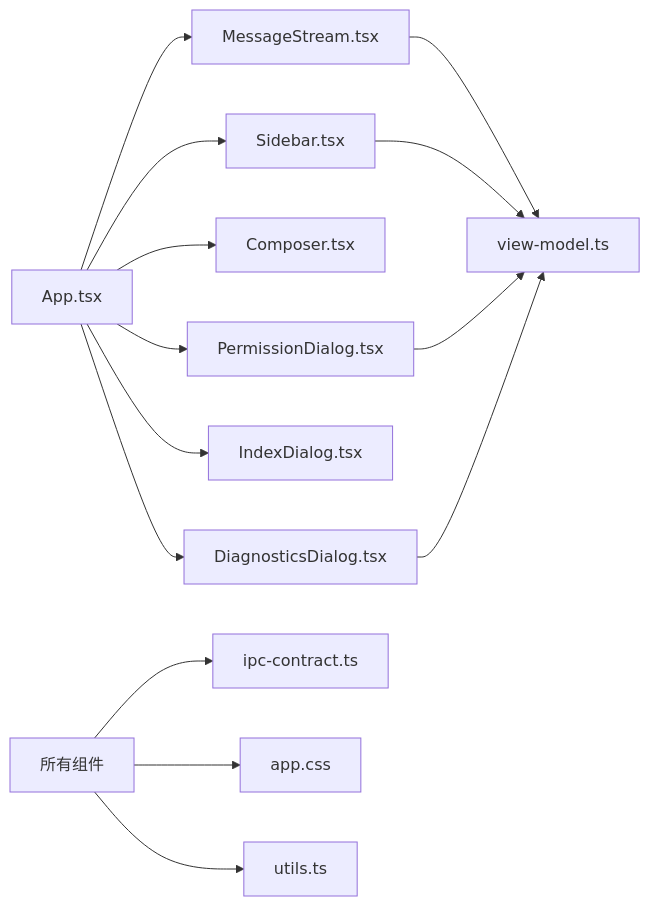
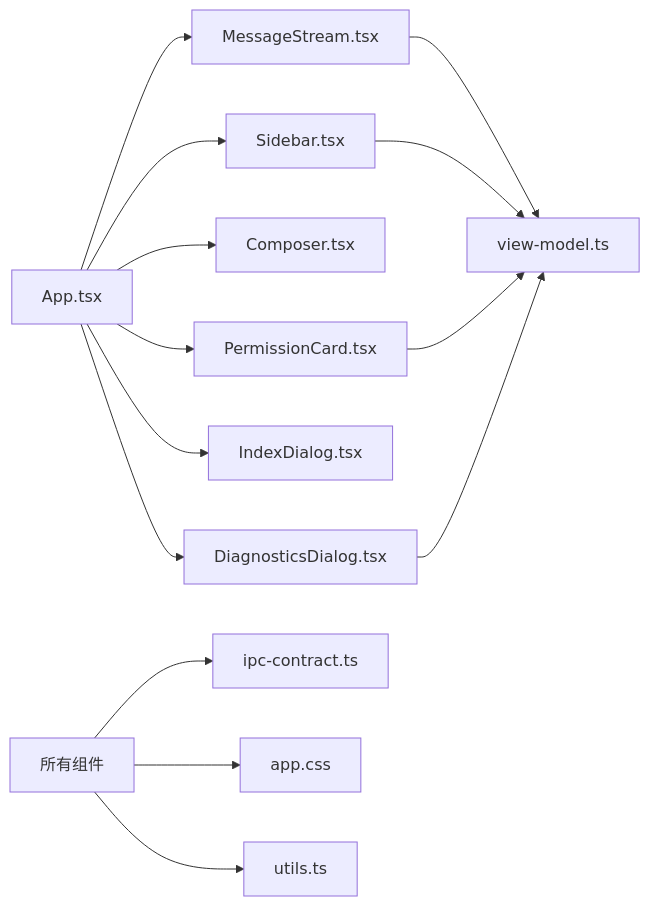
Before and after one commit to Azusa010/personal-agent: the third of 3 diagrams in .repowiki/zh/content/用户界面/用户界面.md, drawn with Mermaid. The commit also changed other lines of this file and 88 other files, not shown here.

````diff
--- a/.repowiki/zh/content/用户界面/用户界面.md
+++ b/.repowiki/zh/content/用户界面/用户界面.md
@@ -263,16 +263,16 @@
 ```mermaid
 graph LR
 App["App.tsx"] --> Sidebar["Sidebar.tsx"]
 App --> MessageStream["MessageStream.tsx"]
 App --> Composer["Composer.tsx"]
-App --> PermissionDialog["PermissionDialog.tsx"]
+App --> PermissionDialog["PermissionCard.tsx"]
 App --> IndexDialog["IndexDialog.tsx"]
 App --> DiagnosticsDialog["DiagnosticsDialog.tsx"]
 MessageStream --> ViewModel["view-model.ts"]
 Sidebar --> ViewModel
 PermissionDialog --> ViewModel
 DiagnosticsDialog --> ViewModel
 All["所有组件"] --> Contract["ipc-contract.ts"]
 All --> Theme["app.css"]
 All --> Utils["utils.ts"]
 ```
````
